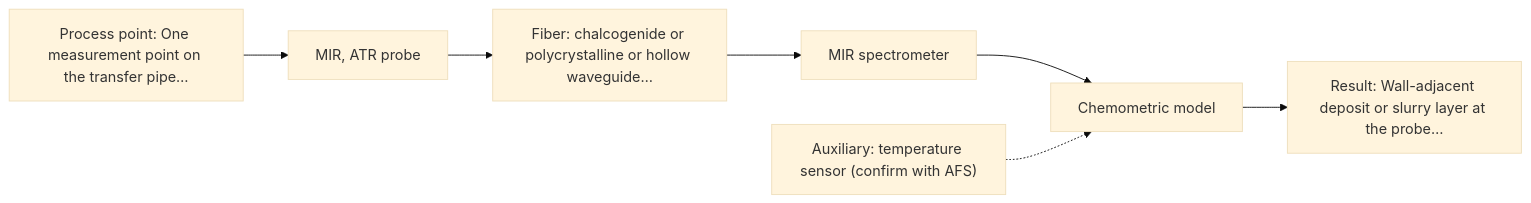
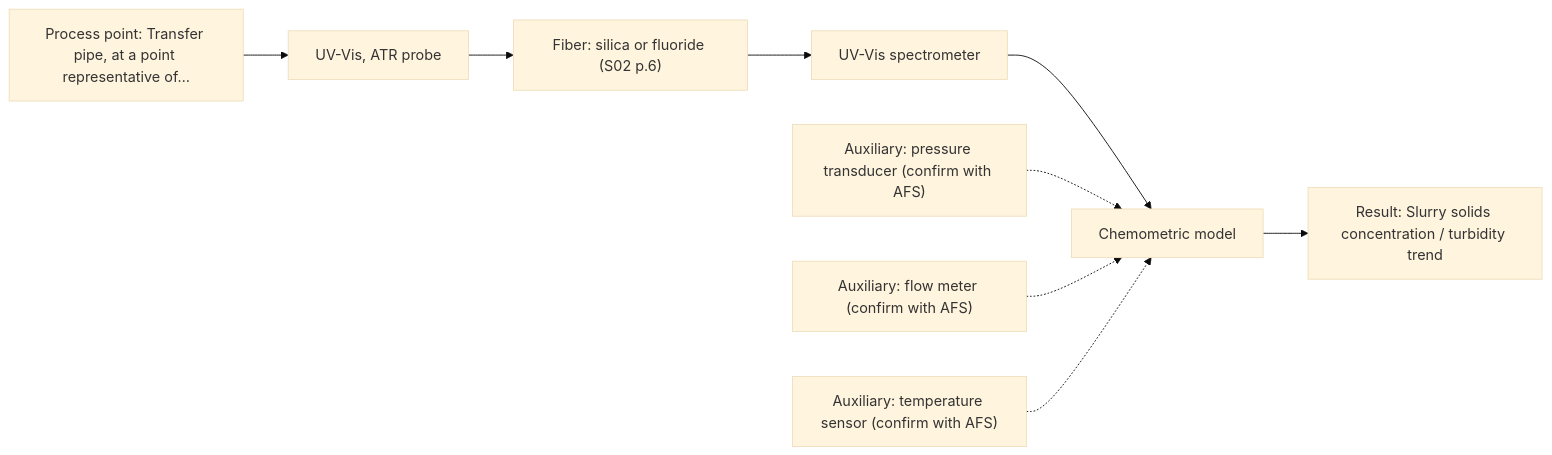
The diagram in outputs/adversarial/A05.md (sleipnir029/Afs-Spectroscopy-Assistant), drawn with Mermaid (base theme) before and after one commit. The commit also changed other lines of this file and 41 other files, not shown here.

````diff
--- a/outputs/adversarial/A05.md
+++ b/outputs/adversarial/A05.md
@@ -37,16 +37,20 @@
 ```mermaid
 flowchart LR
-    proc["Process point: One measurement point on the transfer pipe…"]
-    probe1["MIR, ATR probe"]
-    fiber1["Fiber: chalcogenide or polycrystalline or hollow waveguide…"]
-    spec1["MIR spectrometer"]
+    proc["Process point: Transfer pipe, at a point representative of…"]
+    probe1["UV-Vis, ATR probe"]
+    fiber1["Fiber: silica or fluoride (S02 p.6)"]
+    spec1["UV-Vis spectrometer"]
     model["Chemometric model"]
-    result["Result: Wall-adjacent deposit or slurry layer at the probe…"]
-    aux1["Auxiliary: temperature sensor (confirm with AFS)"]
+    result["Result: Slurry solids concentration / turbidity trend"]
+    aux1["Auxiliary: pressure transducer (confirm with AFS)"]
+    aux2["Auxiliary: flow meter (confirm with AFS)"]
+    aux3["Auxiliary: temperature sensor (confirm with AFS)"]
     proc --> probe1
     probe1 --> fiber1
     fiber1 --> spec1
     spec1 --> model
     model --> result
     aux1 -.-> model
+    aux2 -.-> model
+    aux3 -.-> model
 ```
````
